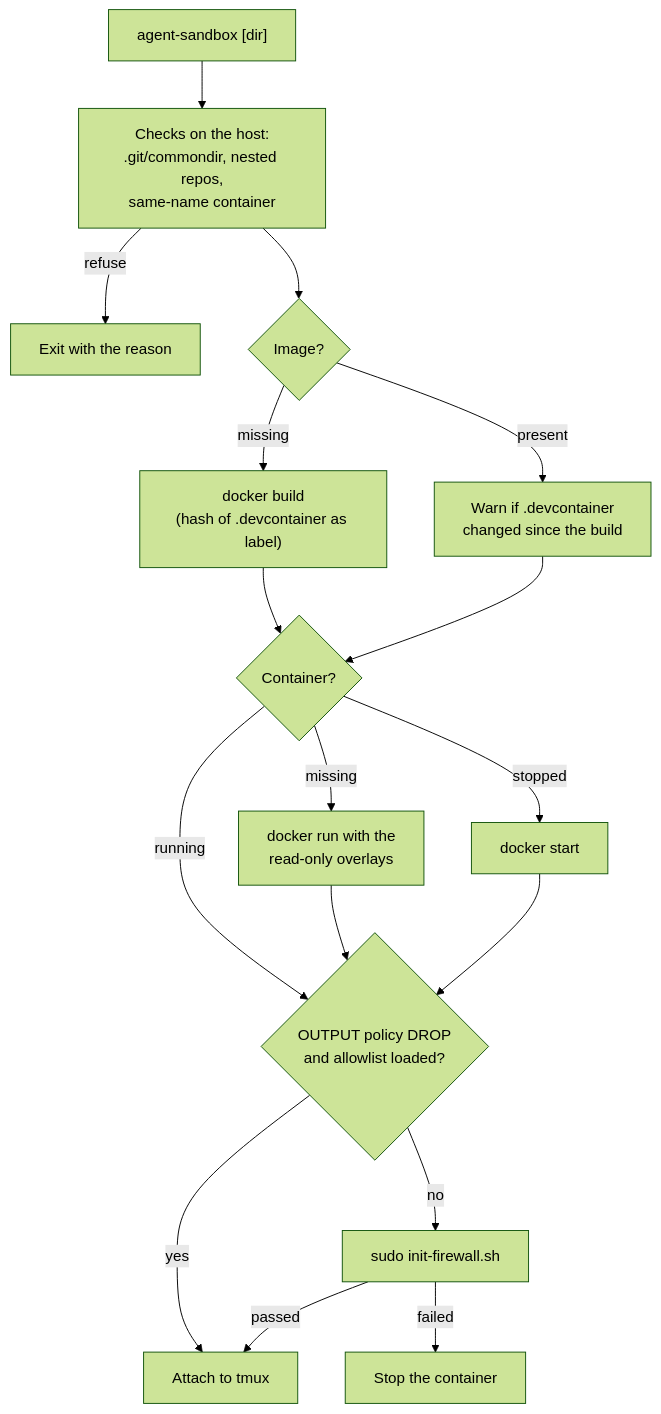
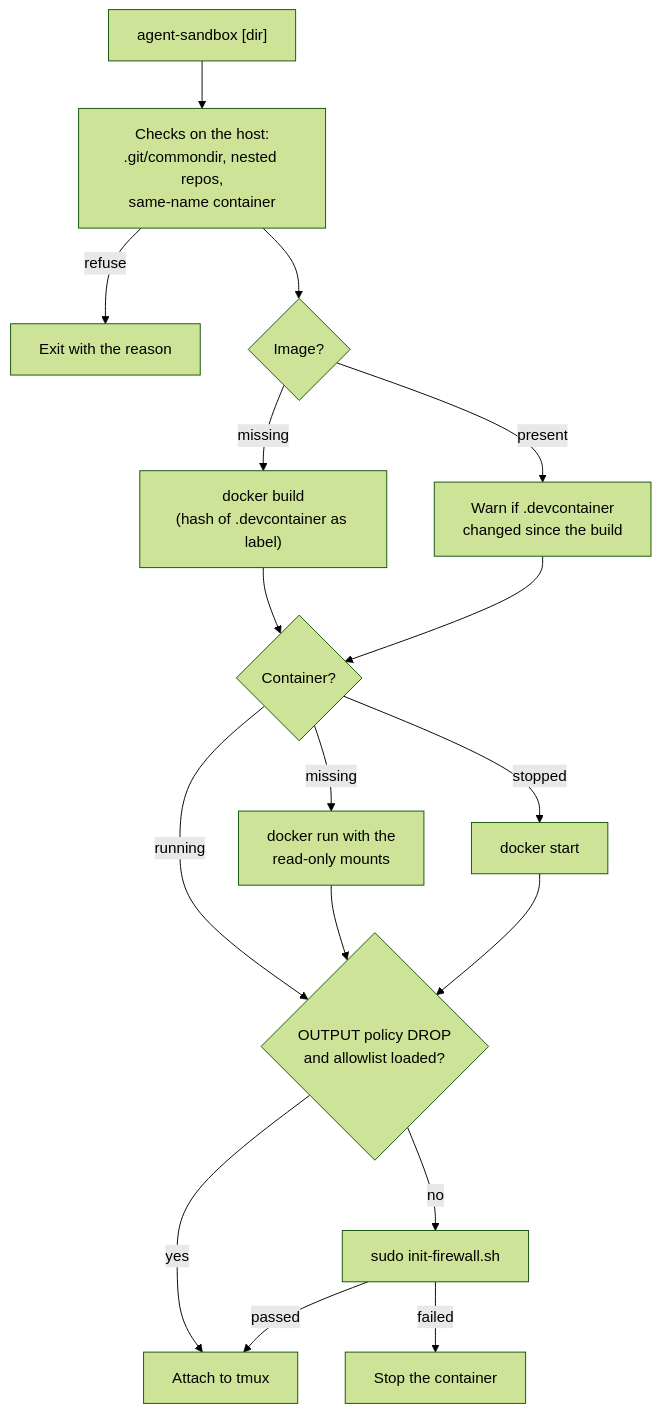
The third of 6 diagrams in README.md (marceljay/claude-boilerplate), drawn with Mermaid (forest theme) before and after one commit. The commit also changed other lines of this file and 15 other files, not shown here.

First line of the commit message:
docs: say read-only mount instead of overlay

````diff
--- a/README.md
+++ b/README.md
@@ -370,19 +370,19 @@
 ```mermaid
 flowchart TD
     start["agent-sandbox [dir]"] --> checks["Checks on the host:<br/>.git/commondir, nested repos,<br/>same-name container"]
     checks -->|refuse| stop1["Exit with the reason"]
     checks --> img{Image?}
     img -->|"missing"| build["docker build<br/>(hash of .devcontainer as label)"]
     img -->|present| drift["Warn if .devcontainer<br/>changed since the build"]
     build --> cont{Container?}
     drift --> cont
-    cont -->|missing| run["docker run with the<br/>read-only overlays"]
+    cont -->|missing| run["docker run with the<br/>read-only mounts"]
     cont -->|stopped| st["docker start"]
     cont -->|running| pol
     run --> pol{OUTPUT policy DROP<br/>and allowlist loaded?}
     st --> pol
     pol -->|no| fwr["sudo init-firewall.sh"]
     pol -->|yes| attach["Attach to tmux"]
     fwr -->|passed| attach
     fwr -->|failed| stop2["Stop the container"]
 ```
````
